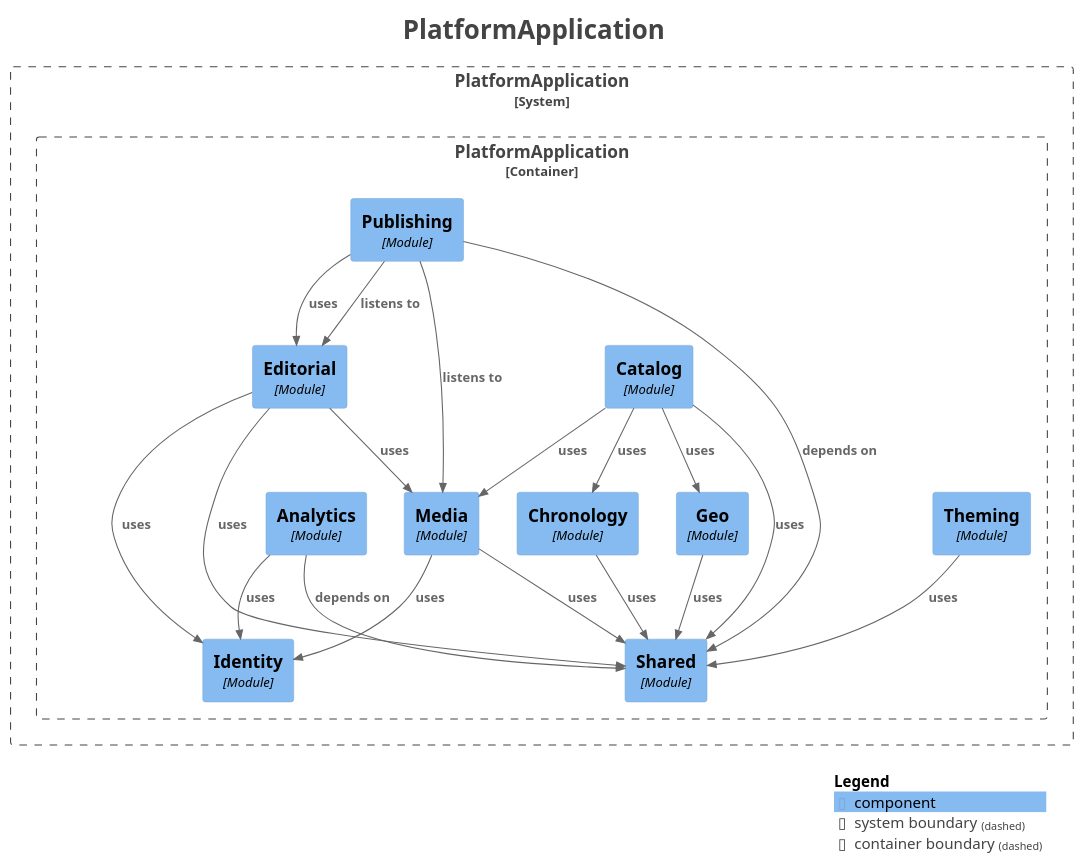
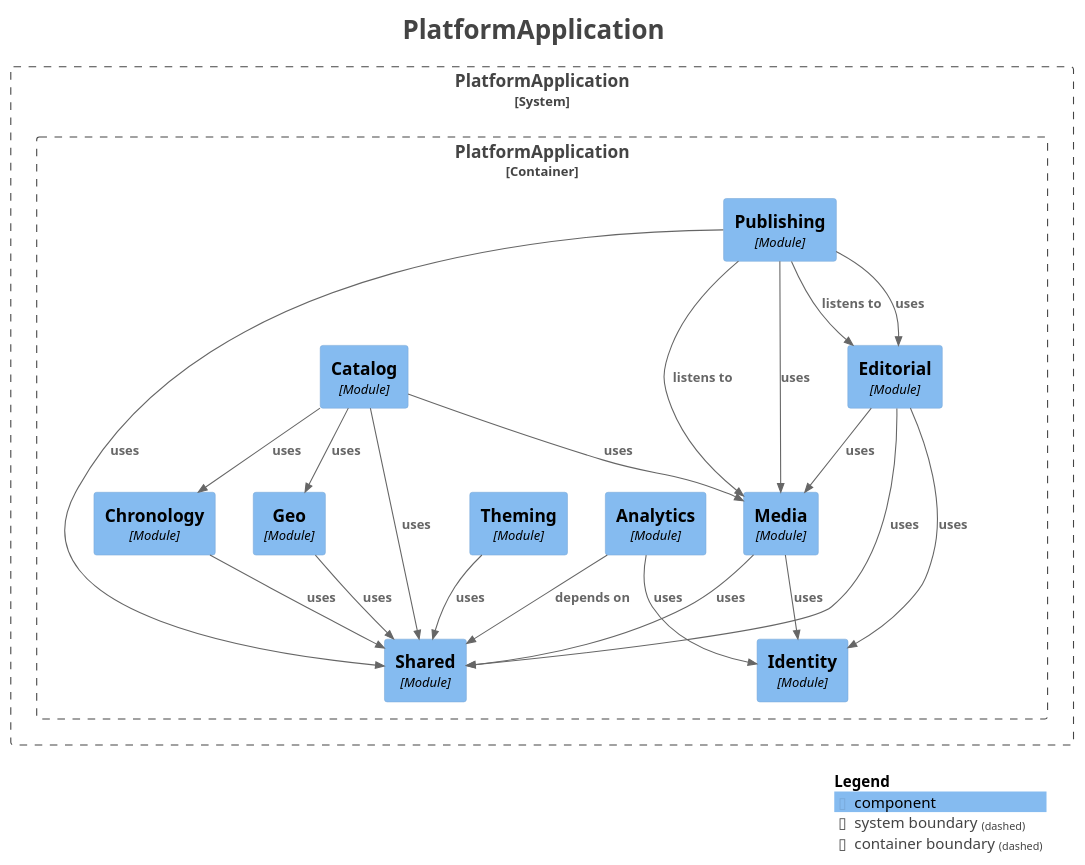
The diagram in docs/modules/components.puml (Asiman77/HistoryAsAGame), drawn with PlantUML before and after one commit. The commit also changed 6 other files, not shown here.

```diff
--- a/docs/modules/components.puml
+++ b/docs/modules/components.puml
@@ -1,55 +1,56 @@
 @startuml
 title <size:24>PlatformApplication</size>
 
 set separator none
 top to bottom direction
 
 <style>
   root {
     BackgroundColor: #ffffff
     FontColor: #444444
   }
 </style>
 
 !include <C4/C4>
 !include <C4/C4_Context>
 !include <C4/C4_Component>
 
 System_Boundary("PlatformApplication_boundary", "PlatformApplication", $tags="") {
   Container_Boundary("PlatformApplication.PlatformApplication_boundary", "PlatformApplication", $tags="") {
     Component(PlatformApplication.PlatformApplication.Catalog, "Catalog", $techn="Module", $descr="", $tags="", $link="")
     Component(PlatformApplication.PlatformApplication.Editorial, "Editorial", $techn="Module", $descr="", $tags="", $link="")
     Component(PlatformApplication.PlatformApplication.Publishing, "Publishing", $techn="Module", $descr="", $tags="", $link="")
     Component(PlatformApplication.PlatformApplication.Identity, "Identity", $techn="Module", $descr="", $tags="", $link="")
     Component(PlatformApplication.PlatformApplication.Shared, "Shared", $techn="Module", $descr="", $tags="", $link="")
     Component(PlatformApplication.PlatformApplication.Analytics, "Analytics", $techn="Module", $descr="", $tags="", $link="")
     Component(PlatformApplication.PlatformApplication.Chronology, "Chronology", $techn="Module", $descr="", $tags="", $link="")
     Component(PlatformApplication.PlatformApplication.Geo, "Geo", $techn="Module", $descr="", $tags="", $link="")
     Component(PlatformApplication.PlatformApplication.Media, "Media", $techn="Module", $descr="", $tags="", $link="")
     Component(PlatformApplication.PlatformApplication.Theming, "Theming", $techn="Module", $descr="", $tags="", $link="")
   }
 
 }
 
-Rel(PlatformApplication.PlatformApplication.Editorial, PlatformApplication.PlatformApplication.Shared, "uses", $techn="", $tags="", $link="")
-Rel(PlatformApplication.PlatformApplication.Editorial, PlatformApplication.PlatformApplication.Identity, "uses", $techn="", $tags="", $link="")
-Rel(PlatformApplication.PlatformApplication.Editorial, PlatformApplication.PlatformApplication.Media, "uses", $techn="", $tags="", $link="")
+Rel(PlatformApplication.PlatformApplication.Theming, PlatformApplication.PlatformApplication.Shared, "uses", $techn="", $tags="", $link="")
+Rel(PlatformApplication.PlatformApplication.Chronology, PlatformApplication.PlatformApplication.Shared, "uses", $techn="", $tags="", $link="")
+Rel(PlatformApplication.PlatformApplication.Publishing, PlatformApplication.PlatformApplication.Editorial, "listens to", $techn="", $tags="", $link="")
+Rel(PlatformApplication.PlatformApplication.Publishing, PlatformApplication.PlatformApplication.Media, "listens to", $techn="", $tags="", $link="")
+Rel(PlatformApplication.PlatformApplication.Publishing, PlatformApplication.PlatformApplication.Editorial, "uses", $techn="", $tags="", $link="")
+Rel(PlatformApplication.PlatformApplication.Publishing, PlatformApplication.PlatformApplication.Shared, "uses", $techn="", $tags="", $link="")
+Rel(PlatformApplication.PlatformApplication.Publishing, PlatformApplication.PlatformApplication.Media, "uses", $techn="", $tags="", $link="")
+Rel(PlatformApplication.PlatformApplication.Media, PlatformApplication.PlatformApplication.Shared, "uses", $techn="", $tags="", $link="")
+Rel(PlatformApplication.PlatformApplication.Media, PlatformApplication.PlatformApplication.Identity, "uses", $techn="", $tags="", $link="")
+Rel(PlatformApplication.PlatformApplication.Geo, PlatformApplication.PlatformApplication.Shared, "uses", $techn="", $tags="", $link="")
 Rel(PlatformApplication.PlatformApplication.Catalog, PlatformApplication.PlatformApplication.Shared, "uses", $techn="", $tags="", $link="")
 Rel(PlatformApplication.PlatformApplication.Catalog, PlatformApplication.PlatformApplication.Chronology, "uses", $techn="", $tags="", $link="")
 Rel(PlatformApplication.PlatformApplication.Catalog, PlatformApplication.PlatformApplication.Geo, "uses", $techn="", $tags="", $link="")
 Rel(PlatformApplication.PlatformApplication.Catalog, PlatformApplication.PlatformApplication.Media, "uses", $techn="", $tags="", $link="")
-Rel(PlatformApplication.PlatformApplication.Media, PlatformApplication.PlatformApplication.Shared, "uses", $techn="", $tags="", $link="")
-Rel(PlatformApplication.PlatformApplication.Media, PlatformApplication.PlatformApplication.Identity, "uses", $techn="", $tags="", $link="")
-Rel(PlatformApplication.PlatformApplication.Chronology, PlatformApplication.PlatformApplication.Shared, "uses", $techn="", $tags="", $link="")
-Rel(PlatformApplication.PlatformApplication.Theming, PlatformApplication.PlatformApplication.Shared, "uses", $techn="", $tags="", $link="")
-Rel(PlatformApplication.PlatformApplication.Geo, PlatformApplication.PlatformApplication.Shared, "uses", $techn="", $tags="", $link="")
+Rel(PlatformApplication.PlatformApplication.Editorial, PlatformApplication.PlatformApplication.Shared, "uses", $techn="", $tags="", $link="")
+Rel(PlatformApplication.PlatformApplication.Editorial, PlatformApplication.PlatformApplication.Identity, "uses", $techn="", $tags="", $link="")
+Rel(PlatformApplication.PlatformApplication.Editorial, PlatformApplication.PlatformApplication.Media, "uses", $techn="", $tags="", $link="")
 Rel(PlatformApplication.PlatformApplication.Analytics, PlatformApplication.PlatformApplication.Shared, "depends on", $techn="", $tags="", $link="")
 Rel(PlatformApplication.PlatformApplication.Analytics, PlatformApplication.PlatformApplication.Identity, "uses", $techn="", $tags="", $link="")
-Rel(PlatformApplication.PlatformApplication.Publishing, PlatformApplication.PlatformApplication.Editorial, "listens to", $techn="", $tags="", $link="")
-Rel(PlatformApplication.PlatformApplication.Publishing, PlatformApplication.PlatformApplication.Media, "listens to", $techn="", $tags="", $link="")
-Rel(PlatformApplication.PlatformApplication.Publishing, PlatformApplication.PlatformApplication.Shared, "depends on", $techn="", $tags="", $link="")
-Rel(PlatformApplication.PlatformApplication.Publishing, PlatformApplication.PlatformApplication.Editorial, "uses", $techn="", $tags="", $link="")
 
 SHOW_LEGEND(true)
 hide stereotypes
 @enduml
```
